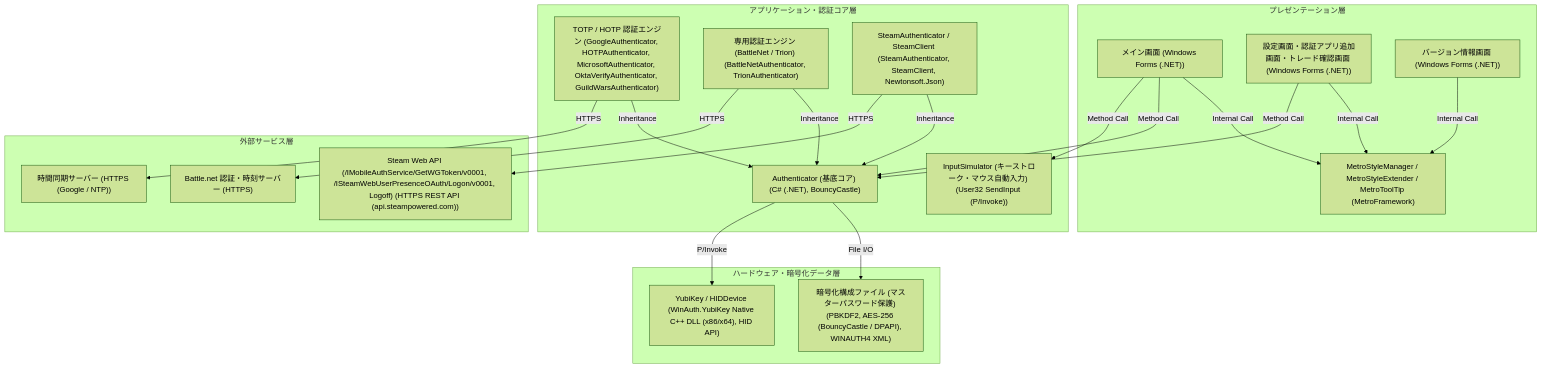
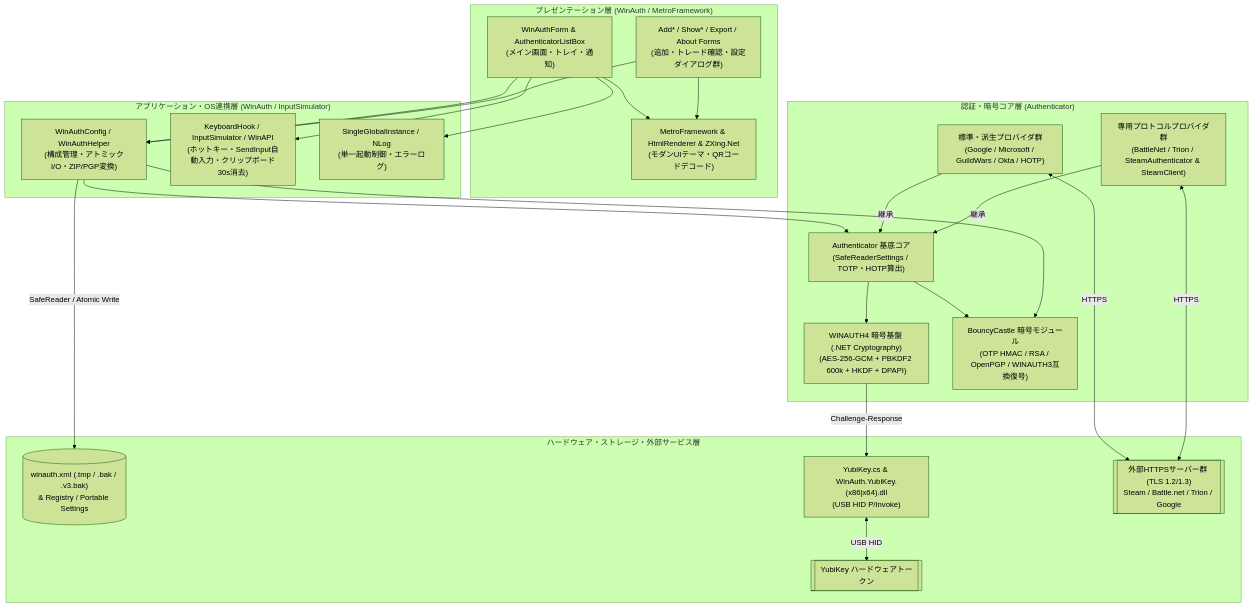
Before and after one commit to CTD-Networks-CO-LTD/winauth: the first of 2 diagrams in .gear/3_詳細設計/34_アーキテクチャ構成図.md, drawn with Mermaid (forest theme). The commit also changed other lines of this file and 21 other files, not shown here.

````diff
--- a/.gear/3_詳細設計/34_アーキテクチャ構成図.md
+++ b/.gear/3_詳細設計/34_アーキテクチャ構成図.md
@@ -43,39 +30,44 @@
 ```mermaid
 flowchart TD
-    subgraph presentation["プレゼンテーション層"]
-        main_ui["メイン画面 (Windows Forms (.NET))"]
-        settings_ui["設定画面・認証アプリ追加画面・トレード確認画面 (Windows Forms (.NET))"]
-        about_ui["バージョン情報画面 (Windows Forms (.NET))"]
-        metro_framework["MetroStyleManager / MetroStyleExtender / MetroToolTip (MetroFramework)"]
+    subgraph UI_LAYER["プレゼンテーション層 (WinAuth / MetroFramework)"]
+        MAIN_UI["WinAuthForm & AuthenticatorListBox<br/>(メイン画面・トレイ・通知)"]
+        ADD_SHOW_UI["Add* / Show* / Export / About Forms<br/>(追加・トレード確認・設定ダイアログ群)"]
+        METRO["MetroFramework & HtmlRenderer & ZXing.Net<br/>(モダンUIテーマ・QRコードデコード)"]
     end
-    subgraph application["アプリケーション・認証コア層"]
-        authenticator_base["Authenticator (基底コア) (C# (.NET), BouncyCastle)"]
-        totp_hotp_authenticators["TOTP / HOTP 認証エンジン (GoogleAuthenticator, HOTPAuthenticator, MicrosoftAuthenticator, OktaVerifyAuthenticator, GuildWarsAuthenticator)"]
-        specialized_authenticators["専用認証エンジン (BattleNet / Trion) (BattleNetAuthenticator, TrionAuthenticator)"]
-        steam_client_module["SteamAuthenticator / SteamClient (SteamAuthenticator, SteamClient, Newtonsoft.Json)"]
-        input_simulator["InputSimulator (キーストローク・マウス自動入力) (User32 SendInput (P/Invoke))"]
+
+    subgraph APP_LAYER["アプリケーション・OS連携層 (WinAuth / InputSimulator)"]
+        CONFIG_MGR["WinAuthConfig / WinAuthHelper<br/>(構成管理・アトミックI/O・ZIP/PGP変換)"]
+        OS_INTEGRATION["KeyboardHook / InputSimulator / WinAPI<br/>(ホットキー・SendInput自動入力・クリップボード30s消去)"]
+        MUTEX_LOG["SingleGlobalInstance / NLog<br/>(単一起動制御・エラーログ)"]
     end
-    subgraph hardware_security["ハードウェア・暗号化データ層"]
-        yubikey_module["YubiKey / HIDDevice (WinAuth.YubiKey Native C++ DLL (x86/x64), HID API)"]
-        encrypted_storage["暗号化構成ファイル (マスターパスワード保護) (PBKDF2, AES-256 (BouncyCastle / DPAPI), WINAUTH4 XML)"]
+
+    subgraph CORE_LAYER["認証・暗号コア層 (Authenticator)"]
+        AUTH_BASE["Authenticator 基底コア<br/>(SafeReaderSettings / TOTP・HOTP算出)"]
+        STD_AUTHS["標準・派生プロバイダ群<br/>(Google / Microsoft / GuildWars / Okta / HOTP)"]
+        GAME_AUTHS["専用プロトコルプロバイダ群<br/>(BattleNet / Trion / SteamAuthenticator & SteamClient)"]
+        CRYPTO_V4["WINAUTH4 暗号基盤 (.NET Cryptography)<br/>(AES-256-GCM + PBKDF2 600k + HKDF + DPAPI)"]
+        CRYPTO_BC["BouncyCastle 暗号モジュール<br/>(OTP HMAC / RSA / OpenPGP / WINAUTH3互換復号)"]
     end
-    subgraph external["外部サービス層"]
-        steam_web_api["Steam Web API (/IMobileAuthService/GetWGToken/v0001, /ISteamWebUserPresenceOAuth/Logon/v0001, Logoff) (HTTPS REST API (api.steampowered.com))"]
-        battlenet_api["Battle.net 認証・時刻サーバー (HTTPS)"]
-        time_sync_service["時間同期サーバー (HTTPS (Google / NTP))"]
+
+    subgraph INFRA_EXT["ハードウェア・ストレージ・外部サービス層"]
+        XML_STORE[("winauth.xml (.tmp / .bak / .v3.bak)<br/>& Registry / Portable Settings")]
+        YUBI_DLL["YubiKey.cs & WinAuth.YubiKey.(x86|x64).dll<br/>(USB HID P/Invoke)"]
+        YUBI_HW[["YubiKey ハードウェアトークン"]]
+        EXT_APIS[["外部HTTPSサーバー群 (TLS 1.2/1.3)<br/>Steam / Battle.net / Trion / Google"]]
     end
-    main_ui -->|"Internal Call"|metro_framework
-    settings_ui -->|"Internal Call"|metro_framework
-    about_ui -->|"Internal Call"|metro_framework
-    main_ui -->|"Method Call"|authenticator_base
-    settings_ui -->|"Method Call"|authenticator_base
-    totp_hotp_authenticators -->|"Inheritance"|authenticator_base
-    specialized_authenticators -->|"Inheritance"|authenticator_base
-    steam_client_module -->|"Inheritance"|authenticator_base
-    main_ui -->|"Method Call"|input_simulator
-    authenticator_base -->|"File I/O"|encrypted_storage
-    authenticator_base -->|"P/Invoke"|yubikey_module
-    steam_client_module -->|"HTTPS"|steam_web_api
-    specialized_authenticators -->|"HTTPS"|battlenet_api
-    totp_hotp_authenticators -->|"HTTPS"|time_sync_service
+
+    MAIN_UI & ADD_SHOW_UI --> METRO
+    MAIN_UI & ADD_SHOW_UI --> CONFIG_MGR
+    MAIN_UI --> OS_INTEGRATION
+    MAIN_UI --> MUTEX_LOG
+
+    CONFIG_MGR --> AUTH_BASE
+    STD_AUTHS & GAME_AUTHS -->|"継承"| AUTH_BASE
+    AUTH_BASE --> CRYPTO_V4
+    AUTH_BASE & CONFIG_MGR --> CRYPTO_BC
+
+    CONFIG_MGR -->|"SafeReader / Atomic Write"| XML_STORE
+    CRYPTO_V4 -->|"Challenge-Response"| YUBI_DLL
+    YUBI_DLL <-->|"USB HID"| YUBI_HW
+    STD_AUTHS & GAME_AUTHS <-->|"HTTPS"| EXT_APIS
 ```
````
